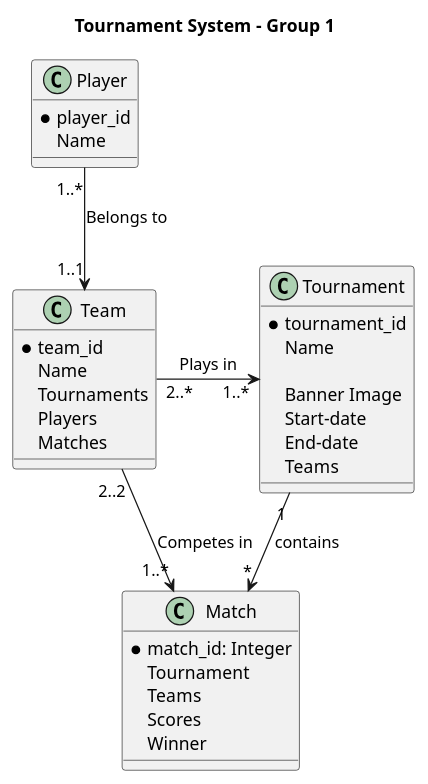
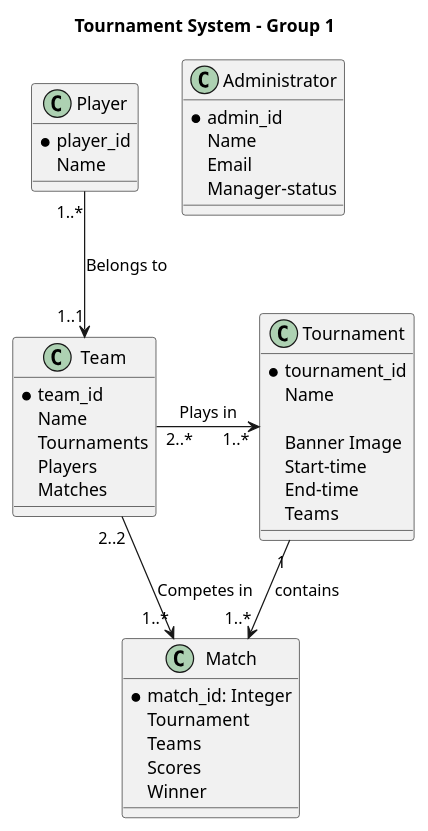
Before and after one commit to felixalbrigtsen/asura-tmdb: the diagram in documentation/domainModel.puml, drawn with PlantUML. The commit also changed 2 other files, not shown here.

```diff
--- a/documentation/domainModel.puml
+++ b/documentation/domainModel.puml
@@ -1,40 +1,46 @@
 @startuml Tournament System
 title Tournament System - Group 1 
 
 class Match {
     *match_id: Integer
     Tournament
     Teams
     Scores
     Winner
 }
 class Team {
     *team_id
     Name
     Tournaments
     Players
     Matches
 }
 class Player {
     *player_id
     Name
 }
 
 class Tournament {
     *tournament_id
     Name
     
     Banner Image
-    Start-date
-    End-date
+    Start-time
+    End-time
     Teams
 }
 
+class Administrator {
+    *admin_id
+    Name
+    Email
+    Manager-status
+}
 
 Team "2..*" -> "1..*" Tournament : "Plays in"
-Tournament "1" --> "*" Match : contains
+Tournament "1" --> "1..*" Match : contains
 Player "1..*" --> "1..1" Team : "Belongs to"
 Team "2..2" --> "1..*" Match : "Competes in"
 
 
 @enduml
```
